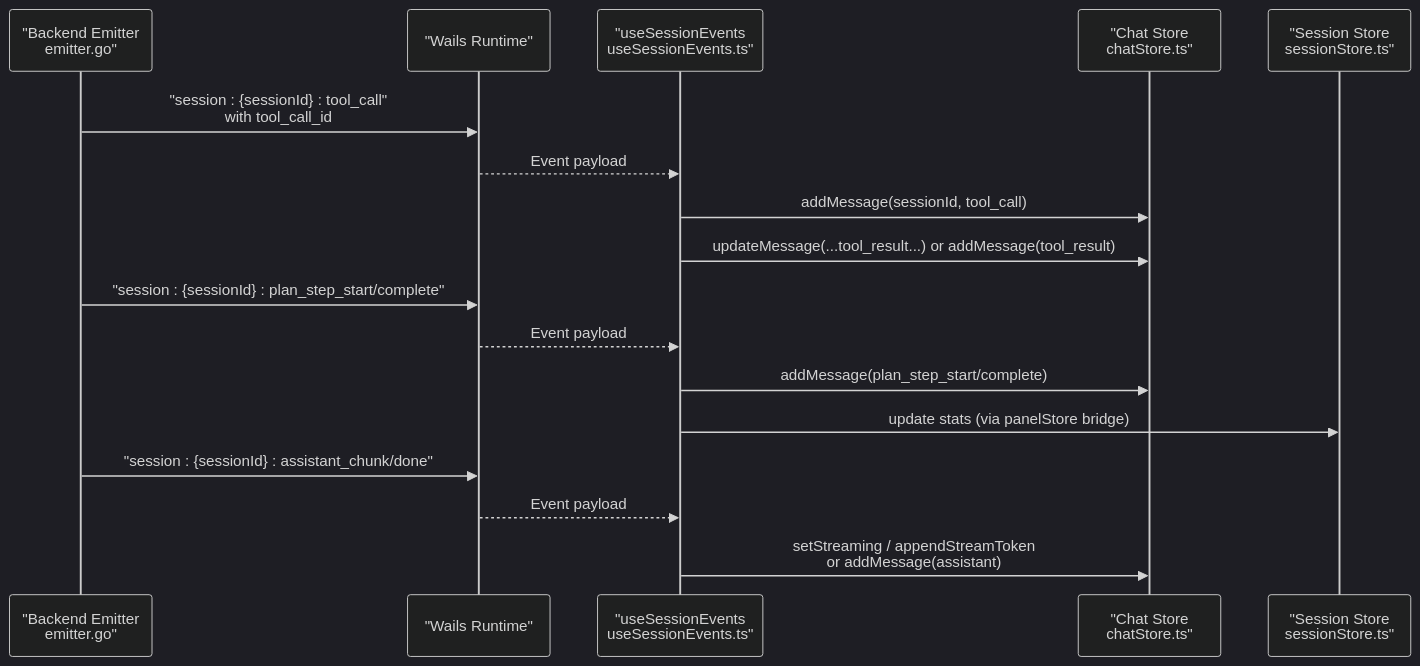
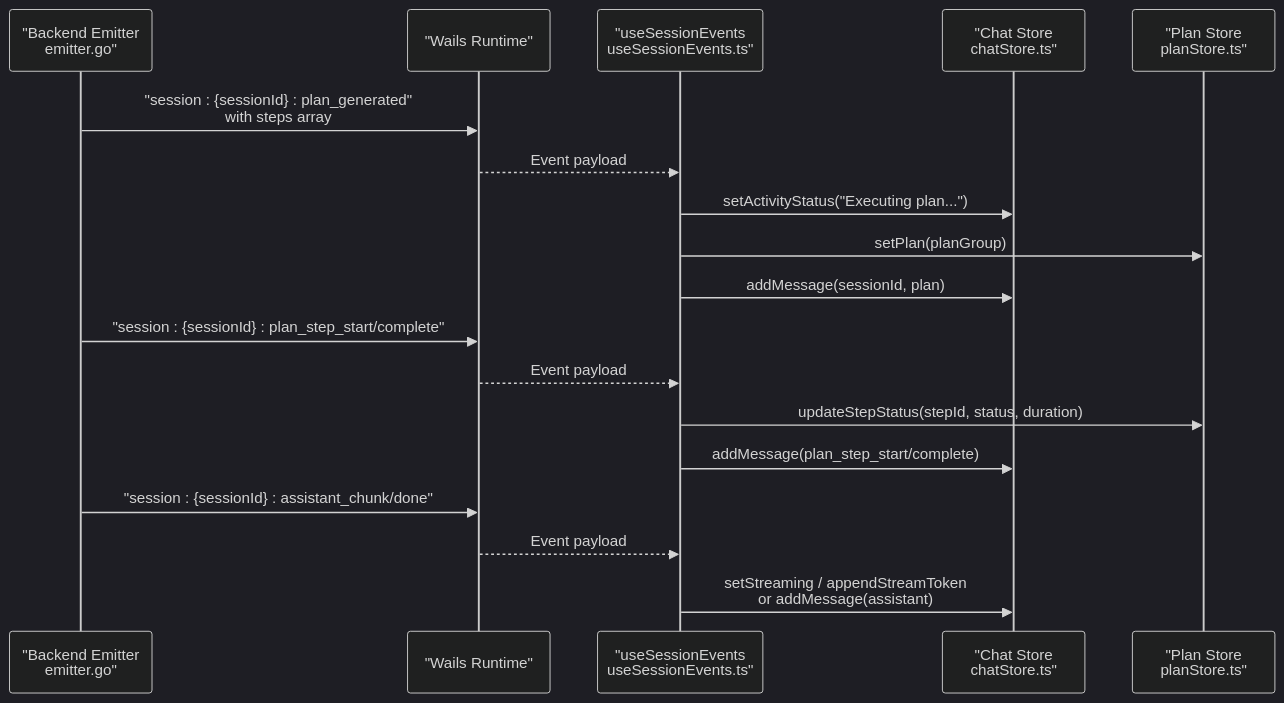
Before and after one commit to v0lka/c0wrk: the second of 6 diagrams in .qoder/repowiki/en/content/Frontend Application/State Management.md, drawn with Mermaid (dark theme). The commit also changed other lines of this file and 13 other files, not shown here.

````diff
--- a/.qoder/repowiki/en/content/Frontend Application/State Management.md
+++ b/.qoder/repowiki/en/content/Frontend Application/State Management.md
@@ -117,19 +152,20 @@
 ```mermaid
 sequenceDiagram
 participant Backend as "Backend Emitter<br/>emitter.go"
 participant Runtime as "Wails Runtime"
 participant Hooks as "useSessionEvents<br/>useSessionEvents.ts"
 participant Chat as "Chat Store<br/>chatStore.ts"
-participant Session as "Session Store<br/>sessionStore.ts"
-Backend->>Runtime : "session : {sessionId} : tool_call"<br/>with tool_call_id
+participant Plan as "Plan Store<br/>planStore.ts"
+Backend->>Runtime : "session : {sessionId} : plan_generated"<br/>with steps array
 Runtime-->>Hooks : Event payload
-Hooks->>Chat : addMessage(sessionId, tool_call)
-Hooks->>Chat : updateMessage(...tool_result...) or addMessage(tool_result)
+Hooks->>Chat : setActivityStatus("Executing plan...")
+Hooks->>Plan : setPlan(planGroup)
+Hooks->>Chat : addMessage(sessionId, plan)
 Backend->>Runtime : "session : {sessionId} : plan_step_start/complete"
 Runtime-->>Hooks : Event payload
+Hooks->>Plan : updateStepStatus(stepId, status, duration)
 Hooks->>Chat : addMessage(plan_step_start/complete)
-Hooks->>Session : update stats (via panelStore bridge)
 Backend->>Runtime : "session : {sessionId} : assistant_chunk/done"
 Runtime-->>Hooks : Event payload
 Hooks->>Chat : setStreaming / appendStreamToken<br/>or addMessage(assistant)
 ```
````
